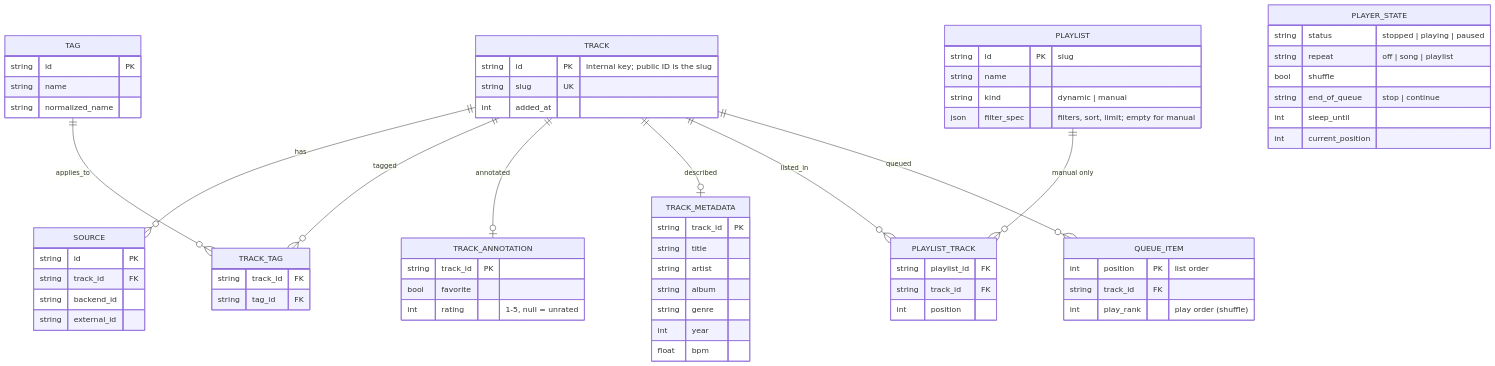
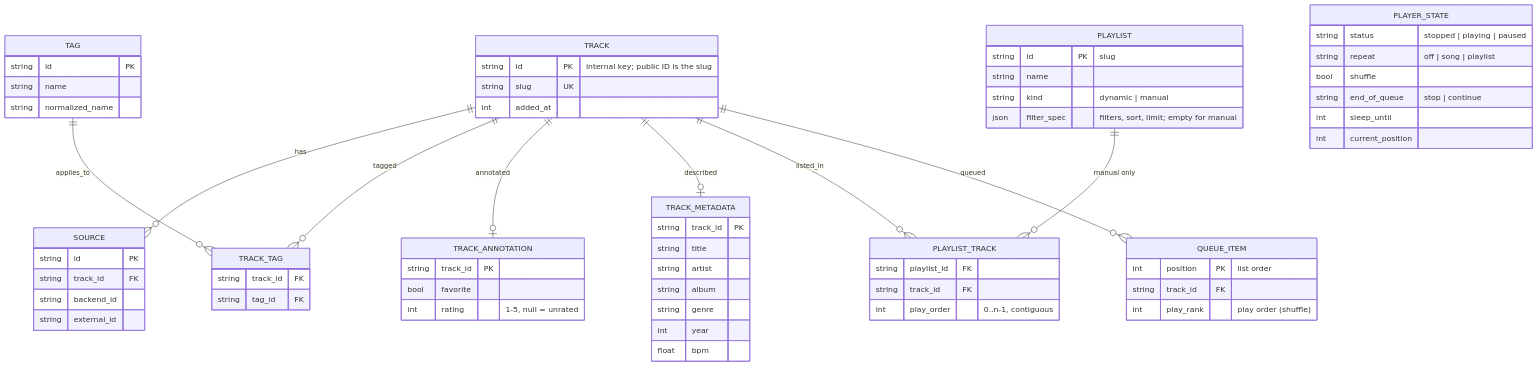
Before and after one commit to VaZark/weave: the second of 2 diagrams in goals.md, drawn with Mermaid. The commit also changed other lines of this file and 13 other files, not shown here.

Commit message:
One now-playing queue: no source rule; play random; --shuffle sets shuffle; playlist play order and move

````diff
--- a/goals.md
+++ b/goals.md
@@ -104,69 +104,69 @@
 ```mermaid
 erDiagram
     TRACK ||--o{ SOURCE : has
     TRACK ||--o{ TRACK_TAG : tagged
     TAG ||--o{ TRACK_TAG : applies_to
     TRACK ||--o| TRACK_ANNOTATION : annotated
     TRACK ||--o| TRACK_METADATA : described
     PLAYLIST ||--o{ PLAYLIST_TRACK : "manual only"
     TRACK ||--o{ PLAYLIST_TRACK : listed_in
     TRACK ||--o{ QUEUE_ITEM : queued
     TRACK {
         string id PK "internal key; public ID is the slug"
         string slug UK
         int added_at
     }
     TRACK_METADATA {
         string track_id PK
         string title
         string artist
         string album
         string genre
         int year
         float bpm
     }
     TRACK_ANNOTATION {
         string track_id PK
         bool favorite
         int rating "1-5, null = unrated"
     }
     SOURCE {
         string id PK
         string track_id FK
         string backend_id
         string external_id
     }
     TAG {
         string id PK
         string name
         string normalized_name
     }
     TRACK_TAG {
         string track_id FK
         string tag_id FK
     }
     PLAYLIST {
         string id PK "slug"
         string name
         string kind "dynamic | manual"
         json filter_spec "filters, sort, limit; empty for manual"
     }
     PLAYLIST_TRACK {
         string playlist_id FK
         string track_id FK
-        int position
+        int play_order "0..n-1, contiguous"
     }
     QUEUE_ITEM {
         int position PK "list order"
         string track_id FK
         int play_rank "play order (shuffle)"
     }
     PLAYER_STATE {
         string status "stopped | playing | paused"
         string repeat "off | song | playlist"
         bool shuffle
         string end_of_queue "stop | continue"
         int sleep_until
         int current_position
     }
 ```
````
